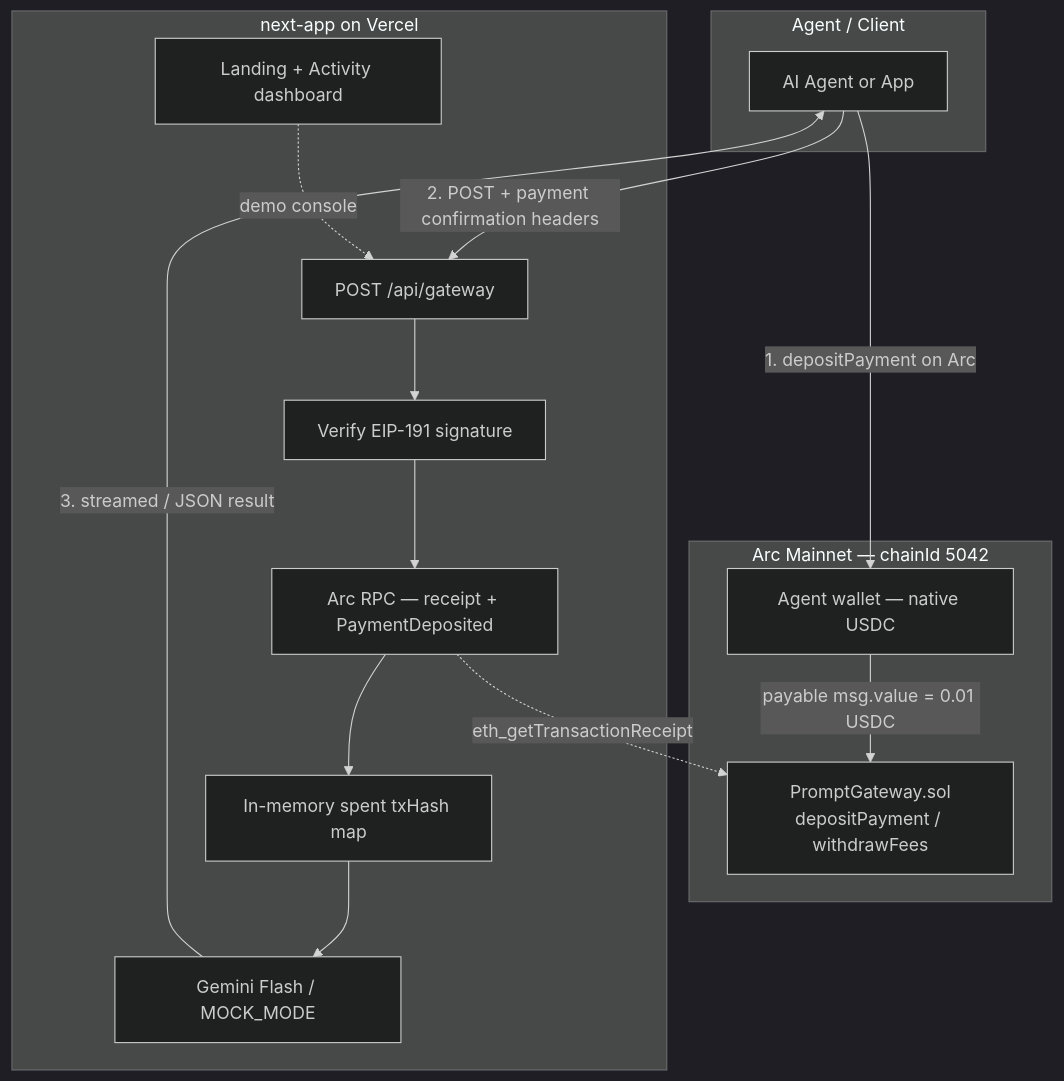
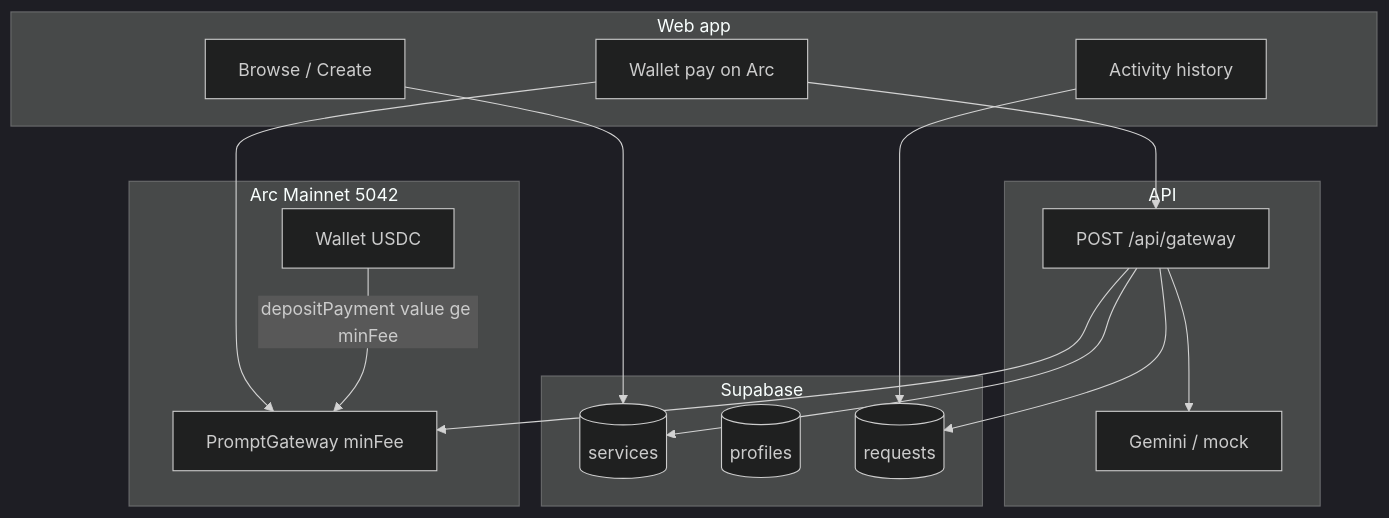
Before and after one commit to M4N4N22/arcdot.: the first of 2 diagrams in README.md, drawn with Mermaid (dark theme). The commit also changed other lines of this file and 39 other files, not shown here.

First line of the commit message:
feat: add Supabase schema for profiles and services

````diff
--- a/README.md
+++ b/README.md
@@ -81,28 +91,34 @@
 ```mermaid
 flowchart TB
-  subgraph Client["Agent / Client"]
-    A[AI Agent or App]
+  subgraph Humans["Web app"]
+    Browse[Browse / Create]
+    PayUI[Wallet pay on Arc]
+    Activity[Activity history]
   end
 
-  subgraph ArcNet["Arc Mainnet — chainId 5042"]
-    W[Agent wallet — native USDC]
-    G[PromptGateway.sol<br/>depositPayment / withdrawFees]
-    W -->|payable msg.value = 0.01 USDC| G
+  subgraph Data["Supabase"]
+    Services[(services)]
+    Profiles[(profiles)]
+    Requests[(requests)]
   end
 
-  subgraph Vercel["next-app on Vercel"]
-    API["POST /api/gateway"]
-    VFY[Verify EIP-191 signature]
-    RPC[Arc RPC — receipt + PaymentDeposited]
-    SPENT[In-memory spent txHash map]
-    LLM[Gemini Flash / MOCK_MODE]
-    UI[Landing + Activity dashboard]
-    API --> VFY --> RPC --> SPENT --> LLM
+  subgraph ArcNet["Arc Mainnet 5042"]
+    W[Wallet USDC]
+    G[PromptGateway minFee]
+    W -->|depositPayment value ge minFee| G
   end
 
-  A -->|1. depositPayment on Arc| W
-  A -->|2. POST + payment confirmation headers| API
-  RPC -.->|eth_getTransactionReceipt| G
-  LLM -->|3. streamed / JSON result| A
-  UI -.->|demo console| API
+  subgraph Vercel["API"]
+    API["POST /api/gateway"]
+    LLM[Gemini / mock]
+  end
+
+  Browse --> Services
+  PayUI --> G
+  PayUI --> API
+  API --> G
+  API --> Services
+  API --> LLM
+  API --> Requests
+  Activity --> Requests
 ```
````
